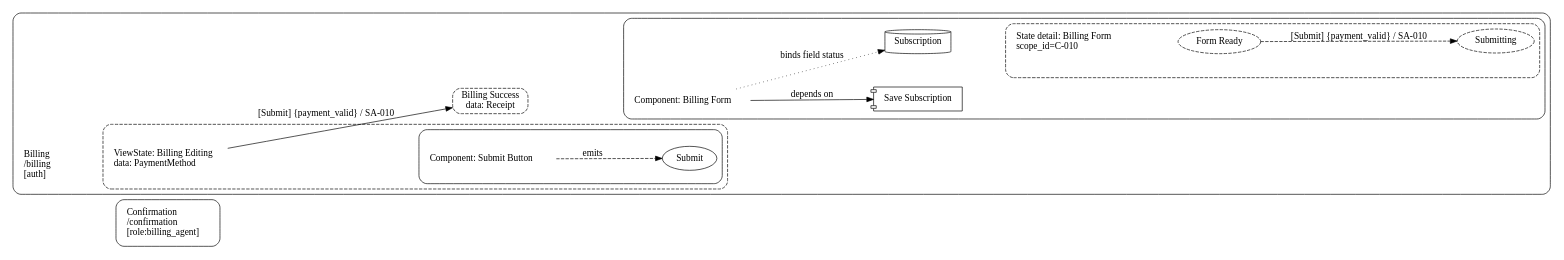
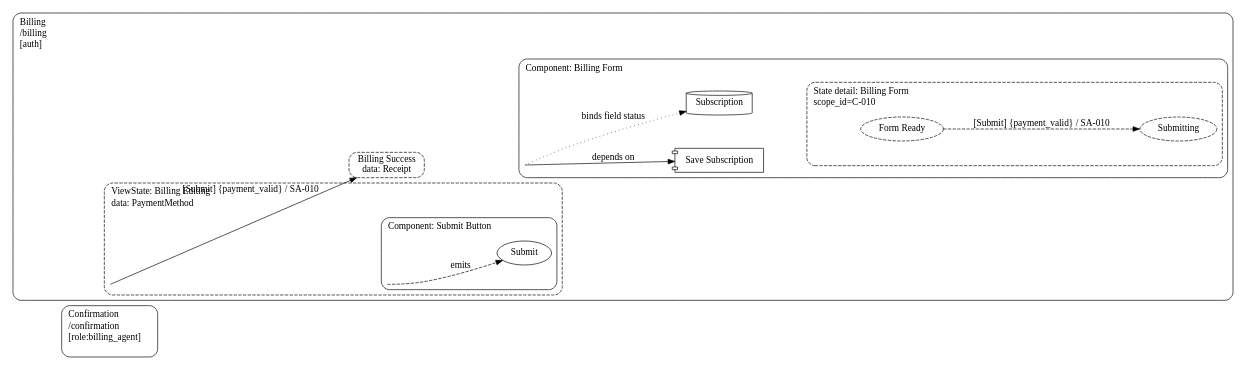
Before and after one commit to knutopia/Structured-Design-Documents: the diagram in examples/rendered/v0.1/ui_contracts_diagram_type/place_viewstate_transition_example/permissive_profile/place_viewstate_transition.ui_contracts.dot, drawn with Graphviz. The commit also changed 29 other files, not shown here.

```diff
--- a/examples/rendered/v0.1/ui_contracts_diagram_type/place_viewstate_transition_example/permissive_profile/place_viewstate_transition.ui_contracts.dot
+++ b/examples/rendered/v0.1/ui_contracts_diagram_type/place_viewstate_transition_example/permissive_profile/place_viewstate_transition.ui_contracts.dot
@@ -1,47 +1,47 @@
 digraph ui_contracts {
   rankdir=LR;
   graph [fontname="Public Sans", compound=true, nodesep=0.7, ranksep=1.0];
   node [fontname="Public Sans"];
   edge [fontname="Public Sans"];
   subgraph cluster_P_010 {
-    graph [label="", style="rounded"];
-    "P-010__title" [shape="plaintext", label="Billing\l/billing\l[auth]\l"];
+    graph [label=<<TABLE BORDER="0" CELLBORDER="0" CELLPADDING="0"><TR><TD ALIGN="LEFT">Billing</TD></TR><TR><TD ALIGN="LEFT">/billing</TD></TR><TR><TD ALIGN="LEFT">[auth]</TD></TR></TABLE>>, style="rounded", labelloc="t", labeljust="l"];
+    "P-010__anchor" [label="", shape="point", width=0, height=0, style="invis"];
     subgraph cluster_VS_010a {
-      graph [label="", style="rounded,dashed"];
-      "VS-010a__title" [shape="plaintext", label="ViewState: Billing Editing\ldata: PaymentMethod\l"];
+      graph [label=<<TABLE BORDER="0" CELLBORDER="0" CELLPADDING="0"><TR><TD ALIGN="LEFT">ViewState: Billing Editing</TD></TR><TR><TD ALIGN="LEFT">data: PaymentMethod</TD></TR></TABLE>>, style="rounded,dashed", labelloc="t", labeljust="l"];
+      "VS-010a__anchor" [label="", shape="point", width=0, height=0, style="invis"];
       subgraph cluster_C_011 {
-        graph [label="", style="rounded"];
-        "C-011__title" [shape="plaintext", label="Component: Submit Button\l"];
+        graph [label=<<TABLE BORDER="0" CELLBORDER="0" CELLPADDING="0"><TR><TD ALIGN="LEFT">Component: Submit Button</TD></TR></TABLE>>, style="rounded", labelloc="t", labeljust="l"];
+        "C-011__anchor" [label="", shape="point", width=0, height=0, style="invis"];
         "E-010" [shape="oval", label="Submit"];
       }
     }
     "VS-010b" [shape="box", style="rounded,dashed", label="Billing Success\ndata: Receipt"];
     subgraph cluster_C_010 {
-      graph [label="", style="rounded"];
-      "C-010__title" [shape="plaintext", label="Component: Billing Form\l"];
+      graph [label=<<TABLE BORDER="0" CELLBORDER="0" CELLPADDING="0"><TR><TD ALIGN="LEFT">Component: Billing Form</TD></TR></TABLE>>, style="rounded", labelloc="t", labeljust="l"];
+      "C-010__anchor" [label="", shape="point", width=0, height=0, style="invis"];
       "SA-010" [shape="component", label="Save Subscription"];
       "D-010" [shape="cylinder", label="Subscription"];
       subgraph cluster_secondary_state_group_C_010 {
-        graph [label="", style="rounded,dashed"];
-        "secondary_state_group:C-010__title" [shape="plaintext", label="State detail: Billing Form\lscope_id=C-010\l"];
+        graph [label=<<TABLE BORDER="0" CELLBORDER="0" CELLPADDING="0"><TR><TD ALIGN="LEFT">State detail: Billing Form</TD></TR><TR><TD ALIGN="LEFT">scope_id=C-010</TD></TR></TABLE>>, style="rounded,dashed", labelloc="t", labeljust="l"];
+        "secondary_state_group:C-010__anchor" [label="", shape="point", width=0, height=0, style="invis"];
         "ST-010a" [shape="ellipse", style="dashed", label="Form Ready"];
         "ST-010b" [shape="ellipse", style="dashed", label="Submitting"];
       }
     }
   }
   subgraph cluster_P_011 {
-    graph [label="", style="rounded"];
-    "P-011__title" [shape="plaintext", label="Confirmation\l/confirmation\l[role:billing_agent]\l"];
+    graph [label=<<TABLE BORDER="0" CELLBORDER="0" CELLPADDING="0"><TR><TD ALIGN="LEFT">Confirmation</TD></TR><TR><TD ALIGN="LEFT">/confirmation</TD></TR><TR><TD ALIGN="LEFT">[role:billing_agent]</TD></TR></TABLE>>, style="rounded", labelloc="t", labeljust="l"];
+    "P-011__anchor" [label="", shape="point", width=0, height=0, style="invis"];
   }
-  "P-010__title" -> "P-011__title" [style=invis, weight=100];
-  "P-010__title" -> "VS-010a__title" [style=invis, weight=100];
-  "VS-010b" -> "C-010__title" [style=invis, weight=100];
-  "VS-010a__title" -> "C-011__title" [style=invis, weight=100];
-  "D-010" -> "secondary_state_group:C-010__title" [style=invis, weight=100];
-  "secondary_state_group:C-010__title" -> "ST-010a" [style=invis, weight=100];
-  "C-010__title" -> "D-010" [label="binds field status", style="dotted", constraint=true];
-  "C-010__title" -> "SA-010" [label="depends on", constraint=true];
-  "C-011__title" -> "E-010" [label="emits", style="dashed", constraint=true];
+  "P-010__anchor" -> "P-011__anchor" [style=invis, weight=100];
+  "P-010__anchor" -> "VS-010a__anchor" [style=invis, weight=100];
+  "VS-010b" -> "C-010__anchor" [style=invis, weight=100];
+  "VS-010a__anchor" -> "C-011__anchor" [style=invis, weight=100];
+  "D-010" -> "secondary_state_group:C-010__anchor" [style=invis, weight=100];
+  "secondary_state_group:C-010__anchor" -> "ST-010a" [style=invis, weight=100];
+  "C-010__anchor" -> "D-010" [label="binds field status", style="dotted", constraint=true];
+  "C-010__anchor" -> "SA-010" [label="depends on", constraint=true];
+  "C-011__anchor" -> "E-010" [label="emits", style="dashed", constraint=true];
   "ST-010a" -> "ST-010b" [label="[Submit] {payment_valid} / SA-010", style="dashed", weight=3];
-  "VS-010a__title" -> "VS-010b" [label="[Submit] {payment_valid} / SA-010", style="solid", weight=4];
+  "VS-010a__anchor" -> "VS-010b" [label="[Submit] {payment_valid} / SA-010", style="solid", weight=4];
 }
```
